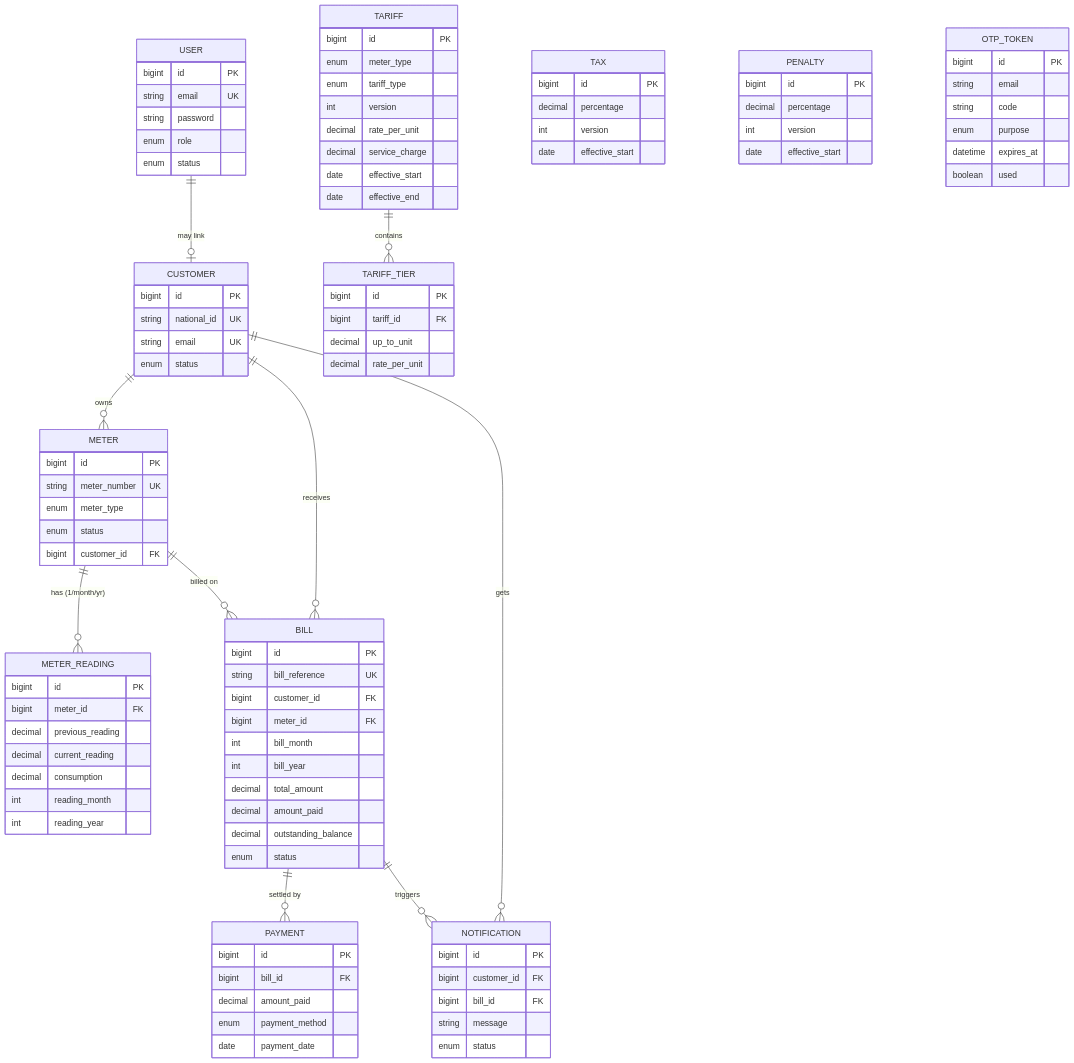
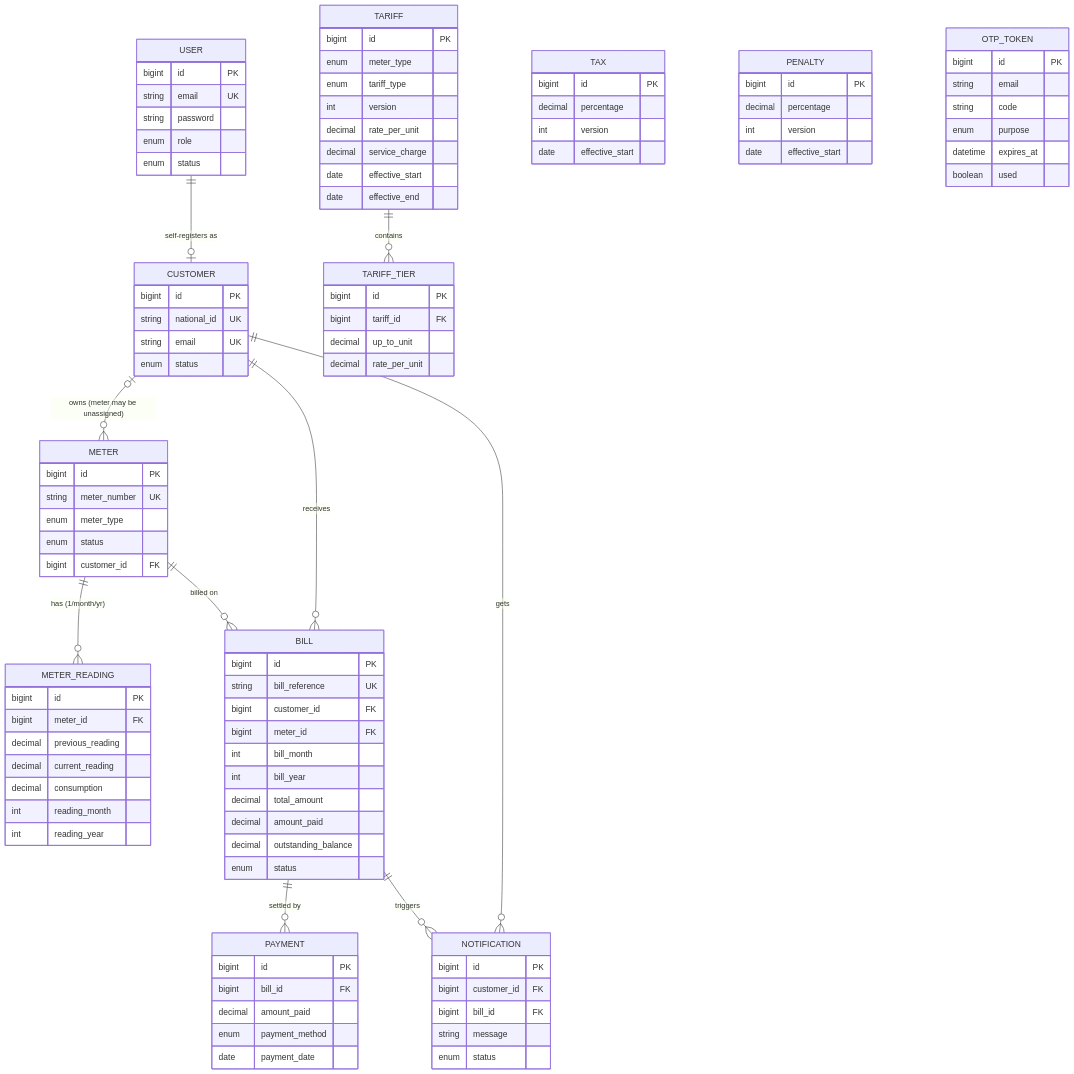
Before and after one commit to t-r-a-c-y/Utilized_billing: the diagram in ERD.md, drawn with Mermaid. The commit also changed other lines of this file and 4 other files, not shown here.

````diff
--- a/ERD.md
+++ b/ERD.md
@@ -110,80 +125,80 @@
 ```mermaid
 erDiagram
-    USER ||--o| CUSTOMER : "may link"
-    CUSTOMER ||--o{ METER : owns
+    USER ||--o| CUSTOMER : "self-registers as"
+    CUSTOMER |o--o{ METER : "owns (meter may be unassigned)"
     CUSTOMER ||--o{ BILL : receives
     CUSTOMER ||--o{ NOTIFICATION : gets
     METER ||--o{ METER_READING : "has (1/month/yr)"
     METER ||--o{ BILL : "billed on"
     TARIFF ||--o{ TARIFF_TIER : contains
     BILL ||--o{ PAYMENT : "settled by"
     BILL ||--o{ NOTIFICATION : triggers
 
     USER { bigint id PK
         string email UK
         string password
         enum role
         enum status }
     CUSTOMER { bigint id PK
         string national_id UK
         string email UK
         enum status }
     METER { bigint id PK
         string meter_number UK
         enum meter_type
         enum status
         bigint customer_id FK }
     METER_READING { bigint id PK
         bigint meter_id FK
         decimal previous_reading
         decimal current_reading
         decimal consumption
         int reading_month
         int reading_year }
     TARIFF { bigint id PK
         enum meter_type
         enum tariff_type
         int version
         decimal rate_per_unit
         decimal service_charge
         date effective_start
         date effective_end }
     TARIFF_TIER { bigint id PK
         bigint tariff_id FK
         decimal up_to_unit
         decimal rate_per_unit }
     TAX { bigint id PK
         decimal percentage
         int version
         date effective_start }
     PENALTY { bigint id PK
         decimal percentage
         int version
         date effective_start }
     BILL { bigint id PK
         string bill_reference UK
         bigint customer_id FK
         bigint meter_id FK
         int bill_month
         int bill_year
         decimal total_amount
         decimal amount_paid
         decimal outstanding_balance
         enum status }
     PAYMENT { bigint id PK
         bigint bill_id FK
         decimal amount_paid
         enum payment_method
         date payment_date }
     NOTIFICATION { bigint id PK
         bigint customer_id FK
         bigint bill_id FK
         string message
         enum status }
     OTP_TOKEN { bigint id PK
         string email
         string code
         enum purpose
         datetime expires_at
         boolean used }
 ```
````
